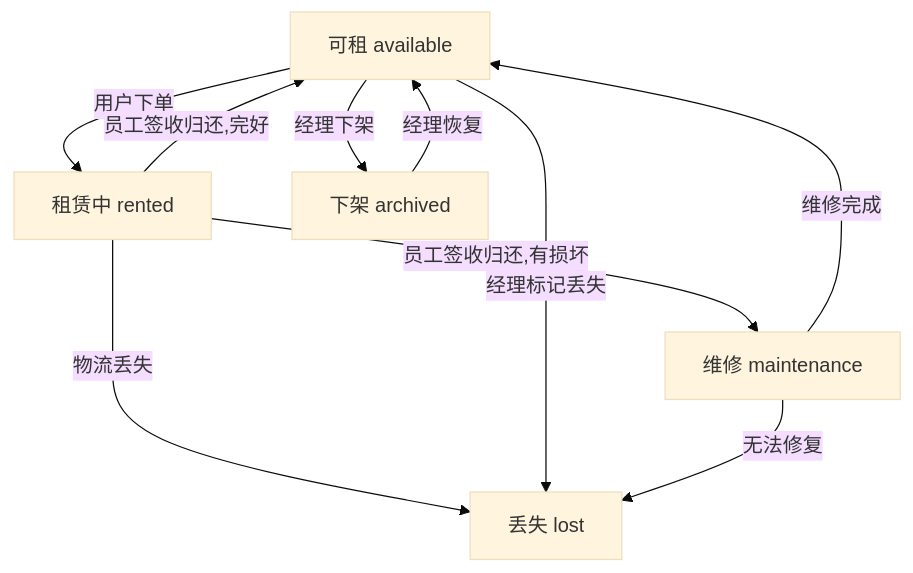
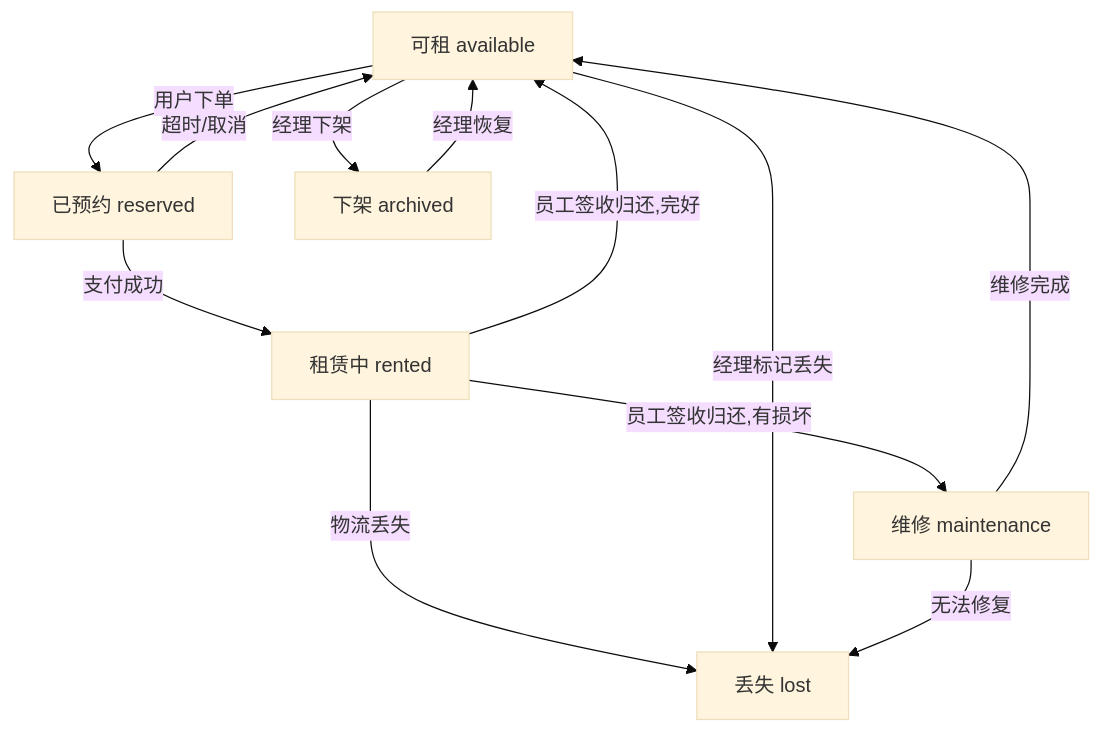
One commit to HiJohns/tuneloop changed the first of 2 diagrams in docs/cases.md. Above: the diagram before and after it, drawn with Mermaid (base theme). The commit also changed other lines of this file and 2 other files, not shown here.

Commit message:
docs: update cases.md for payment flow + route MyLeases pay to payment page

````diff
--- a/docs/cases.md
+++ b/docs/cases.md
@@ -289,12 +289,14 @@
 ```mermaid
 flowchart TD
-  available[可租 available] -- 用户下单 --> rented[租赁中 rented]
+  available[可租 available] -- 用户下单 --> reserved[已预约 reserved]
+  reserved -- 支付成功 --> rented[租赁中 rented]
+  reserved -- 超时/取消 --> available
   rented -- 员工签收归还,完好 --> available
   rented -- 员工签收归还,有损坏 --> maintenance[维修 maintenance]
   maintenance -- 维修完成 --> available
   available -- 经理下架 --> archived[下架 archived]
   archived -- 经理恢复 --> available
   rented -- 物流丢失 --> lost[丢失 lost]
   available -- 经理标记丢失 --> lost
   maintenance -- 无法修复 --> lost
 ```
````
